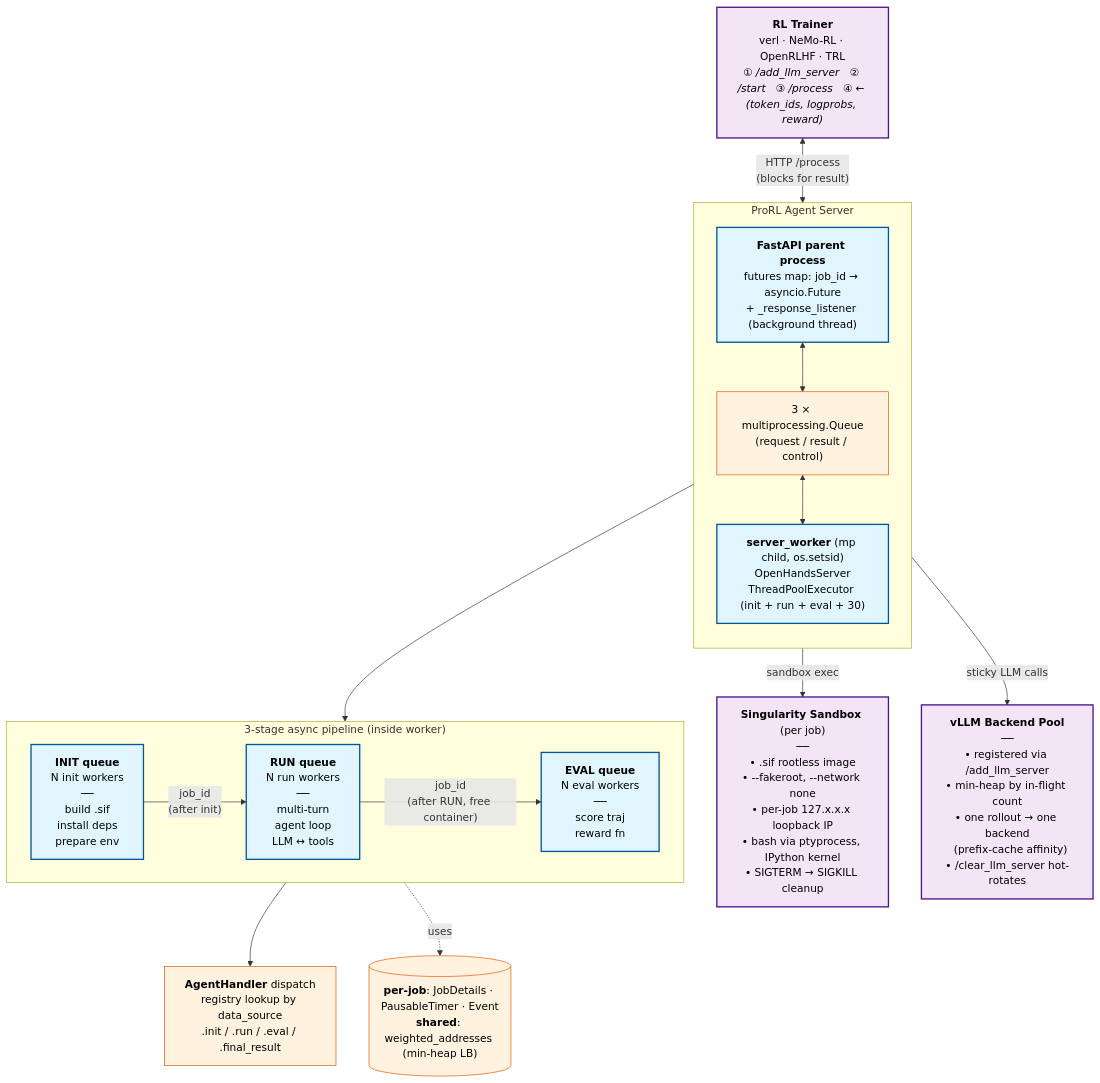
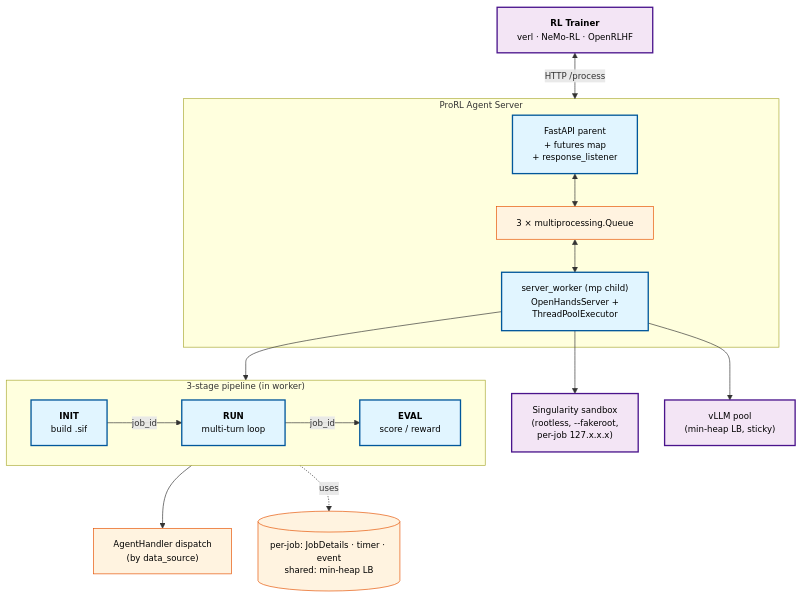
One commit to shikicloud/MLSys changed the diagram in EN/wiki/agentic-rl/prorl-agent.md. Above: the diagram before and after it, drawn with Mermaid. The commit also changed other lines of this file and 4 other files, not shown here.

First line of the commit message:
Compress prorl-agent diagram nodes; add lean-node rule to skill

````diff
--- a/EN/wiki/agentic-rl/prorl-agent.md
+++ b/EN/wiki/agentic-rl/prorl-agent.md
@@ -83,42 +83,36 @@
 ```mermaid
+%%{init: {"flowchart": {"nodeSpacing": 40, "rankSpacing": 50}, "themeVariables": {"fontSize": "13px"}}}%%
 flowchart TB
     classDef ext fill:#f3e5f5,stroke:#4a148c,stroke-width:2px,color:#000
     classDef svc fill:#e1f5ff,stroke:#01579b,stroke-width:2px,color:#000
     classDef state fill:#fff3e0,stroke:#e65100,stroke-width:1px,color:#000
 
-    Trainer["<b>RL Trainer</b><br/>verl · NeMo-RL · OpenRLHF · TRL<br/><i>① /add_llm_server &nbsp; ② /start &nbsp; ③ /process &nbsp; ④ ← (token_ids, logprobs, reward)</i>"]:::ext
+    Trainer["<b>RL Trainer</b><br/>verl · NeMo-RL · OpenRLHF"]:::ext
 
     subgraph Server["ProRL Agent Server"]
-        direction TB
-        FastAPI["<b>FastAPI parent process</b><br/>futures map: job_id → asyncio.Future<br/>+ _response_listener (background thread)"]:::svc
-        MQ["3 × multiprocessing.Queue<br/>(request / result / control)"]:::state
-        Worker["<b>server_worker</b> (mp child, os.setsid)<br/>OpenHandsServer<br/>ThreadPoolExecutor (init + run + eval + 30)"]:::svc
-
-        FastAPI <--> MQ
-        MQ <--> Worker
+        FastAPI["FastAPI parent<br/>+ futures map<br/>+ response_listener"]:::svc
+        MQ["3 × multiprocessing.Queue"]:::state
+        Worker["server_worker (mp child)<br/>OpenHandsServer +<br/>ThreadPoolExecutor"]:::svc
+        FastAPI <--> MQ <--> Worker
     end
 
-    subgraph Pipeline["3-stage async pipeline (inside worker)"]
+    subgraph Pipeline["3-stage pipeline (in worker)"]
         direction LR
-        INIT["<b>INIT queue</b><br/>N init workers<br/>──<br/>build .sif<br/>install deps<br/>prepare env"]:::svc
-        RUN["<b>RUN queue</b><br/>N run workers<br/>──<br/>multi-turn<br/>agent loop<br/>LLM ↔ tools"]:::svc
-        EVAL["<b>EVAL queue</b><br/>N eval workers<br/>──<br/>score traj<br/>reward fn"]:::svc
-
-        INIT -->|"job_id<br/>(after init)"| RUN
-        RUN -->|"job_id<br/>(after RUN, free container)"| EVAL
+        INIT["<b>INIT</b><br/>build .sif"]:::svc
+        RUN["<b>RUN</b><br/>multi-turn loop"]:::svc
+        EVAL["<b>EVAL</b><br/>score / reward"]:::svc
+        INIT -->|"job_id"| RUN -->|"job_id"| EVAL
     end
 
-    AHandler["<b>AgentHandler</b> dispatch<br/>registry lookup by data_source<br/>.init / .run / .eval / .final_result"]:::state
-    State[("<b>per-job</b>: JobDetails · PausableTimer · Event<br/><b>shared</b>: weighted_addresses (min-heap LB)")]:::state
+    AHandler["AgentHandler dispatch<br/>(by data_source)"]:::state
+    State[("per-job: JobDetails · timer · event<br/>shared: min-heap LB")]:::state
+    Sandbox["Singularity sandbox<br/>(rootless, --fakeroot,<br/>per-job 127.x.x.x)"]:::ext
+    vLLM["vLLM pool<br/>(min-heap LB, sticky)"]:::ext
 
-    Sandbox["<b>Singularity Sandbox</b> (per job)<br/>──<br/>• .sif rootless image<br/>• --fakeroot, --network none<br/>• per-job 127.x.x.x loopback IP<br/>• bash via ptyprocess, IPython kernel<br/>• SIGTERM → SIGKILL cleanup"]:::ext
-
-    vLLM["<b>vLLM Backend Pool</b><br/>──<br/>• registered via /add_llm_server<br/>• min-heap by in-flight count<br/>• one rollout → one backend<br/>&nbsp; (prefix-cache affinity)<br/>• /clear_llm_server hot-rotates"]:::ext
-
-    Trainer <-->|"HTTP /process<br/>(blocks for result)"| Server
+    Trainer <-->|"HTTP /process"| Server
     Worker --> Pipeline
     Pipeline --> AHandler
     Pipeline -.uses.-> State
-    Worker -->|sandbox exec| Sandbox
-    Worker -->|sticky LLM calls| vLLM
+    Worker --> Sandbox
+    Worker --> vLLM
 ```
````
